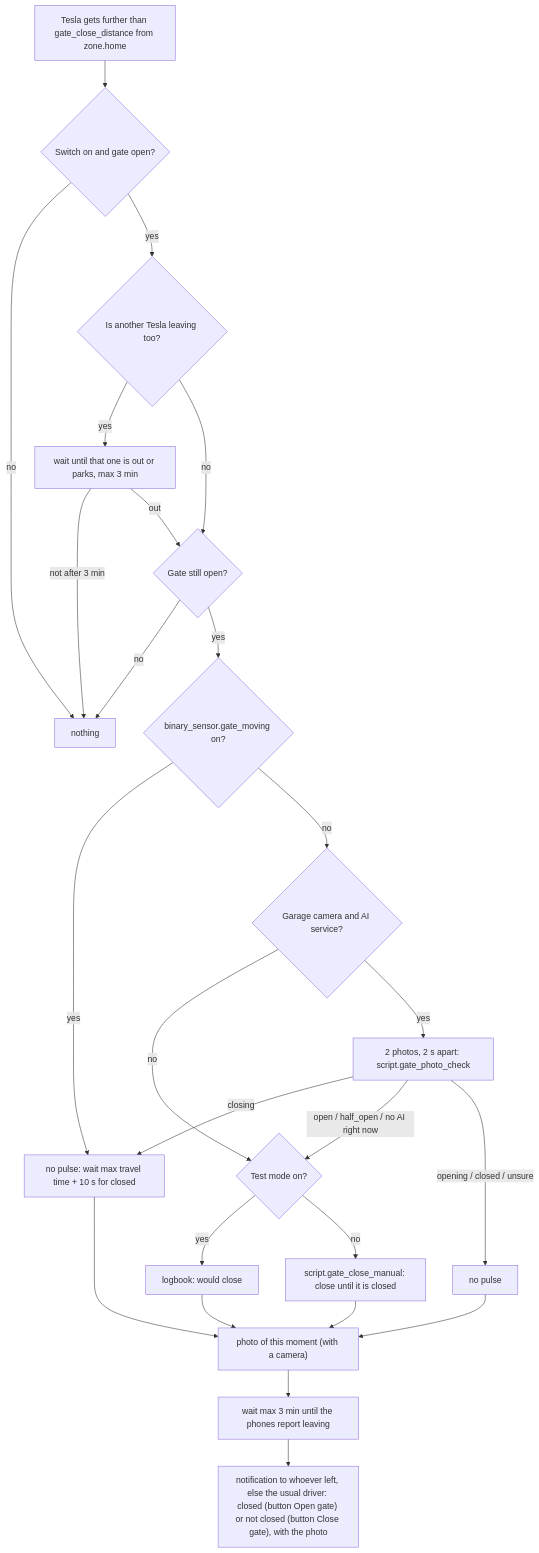
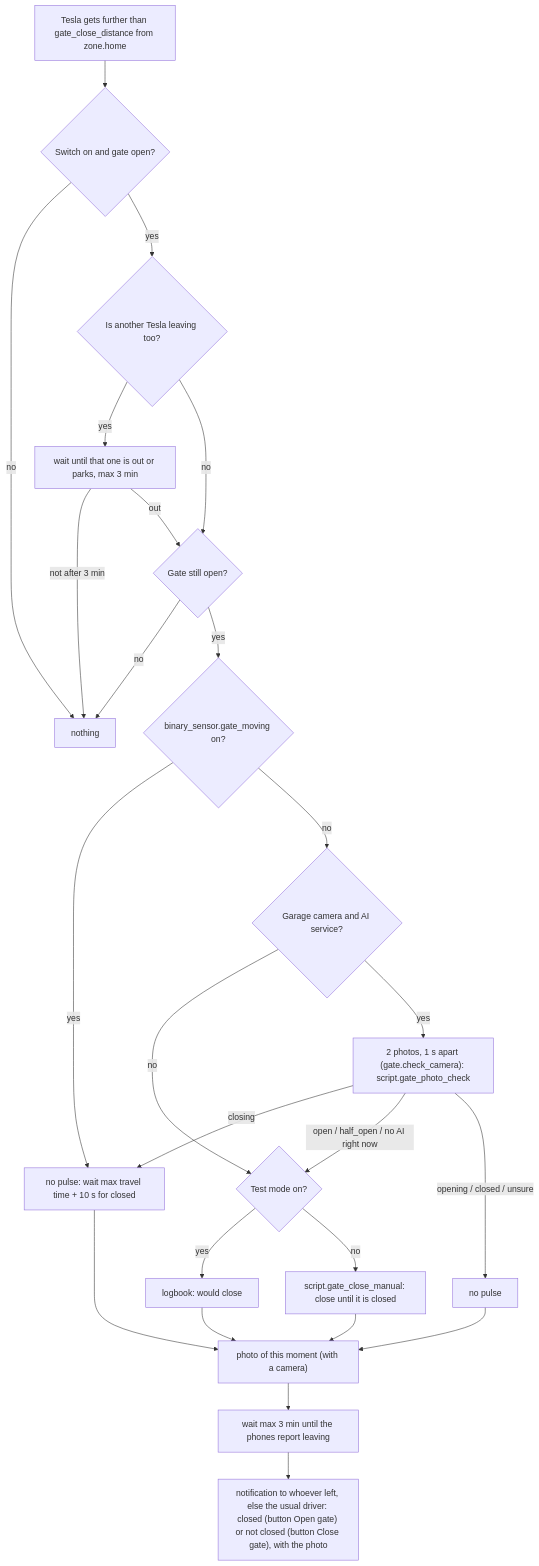
Before and after one commit to smwlms/ha-kit: the second of 5 diagrams in modules/gate/LOGIC.md, drawn with Mermaid. The commit also changed other lines of this file and 7 other files, not shown here.

First line of the commit message:
fix(gate): sound on closed notifications, faster photo check, no black proof photo (#5)

````diff
--- a/modules/gate/LOGIC.md
+++ b/modules/gate/LOGIC.md
@@ -58,27 +60,27 @@
 ```mermaid
 flowchart TD
   T["Tesla gets further than gate_close_distance from zone.home"] --> S{"Switch on and gate open?"}
   S -- no --> X["nothing"]
   S -- yes --> O{"Is another Tesla leaving too?"}
   O -- yes --> W["wait until that one is out or parks, max 3 min"]
   W -- not after 3 min --> X
   W -- out --> S2
   O -- no --> S2{"Gate still open?"}
   S2 -- no --> X
   S2 -- yes --> MV{"binary_sensor.gate_moving on?"}
   MV -- yes --> WC["no pulse: wait max travel time + 10 s for closed"]
   MV -- no --> CAM{"Garage camera and AI service?"}
   CAM -- no --> CL
-  CAM -- yes --> PH["2 photos, 2 s apart: script.gate_photo_check"]
+  CAM -- yes --> PH["2 photos, 1 s apart (gate.check_camera): script.gate_photo_check"]
   PH -- closing --> WC
   PH -- "open / half_open / no AI right now" --> CL{"Test mode on?"}
   PH -- "opening / closed / unsure" --> NP["no pulse"]
   CL -- yes --> L["logbook: would close"]
   CL -- no --> G["script.gate_close_manual: close until it is closed"]
   WC --> F
   G --> F
   NP --> F
   L --> F["photo of this moment (with a camera)"]
   F --> WHO["wait max 3 min until the phones report leaving"]
   WHO --> M["notification to whoever left, else the usual driver: closed (button Open gate) or not closed (button Close gate), with the photo"]
 ```
````
